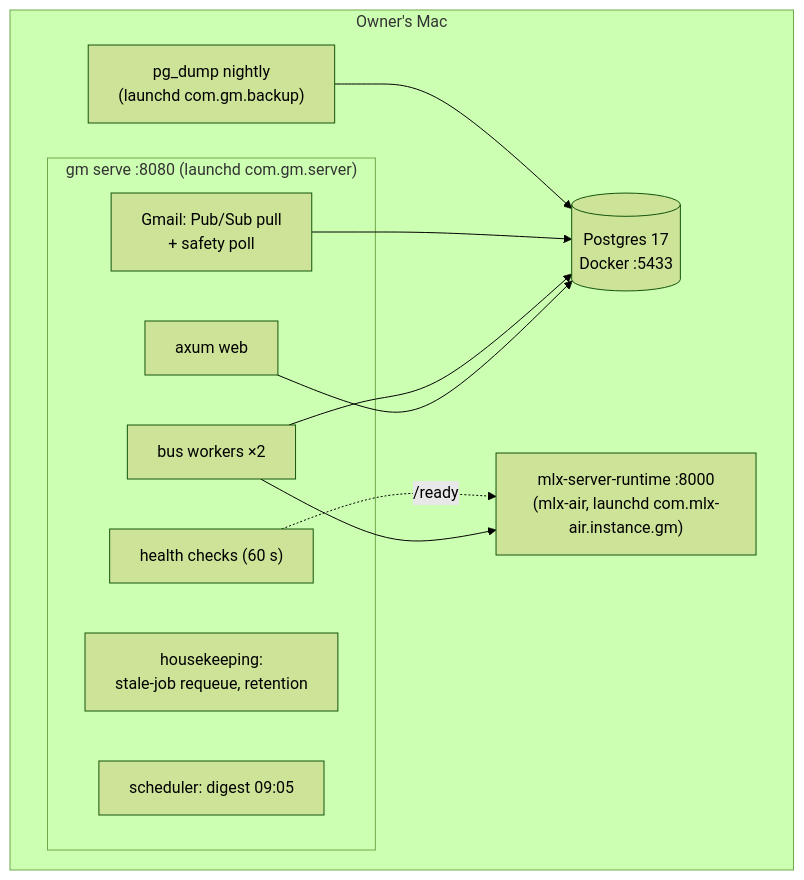
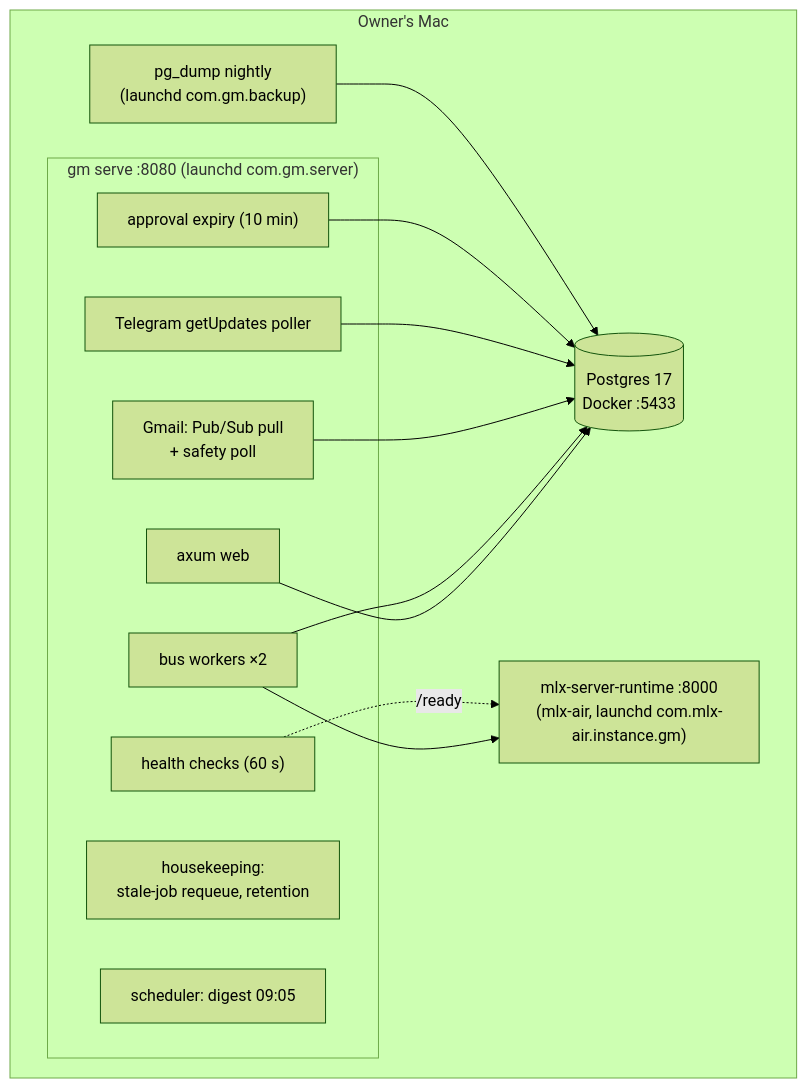
The second of 12 diagrams in docs/architecture.md (huydt84/google-management), drawn with Mermaid (forest theme) before and after one commit. The commit also changed other lines of this file and 67 other files, not shown here.

````diff
--- a/docs/architecture.md
+++ b/docs/architecture.md
@@ -78,22 +79,26 @@
 ```mermaid
 flowchart TB
     subgraph mac["Owner's Mac"]
         subgraph gmproc["gm serve :8080 (launchd com.gm.server)"]
             web["axum web"]
             workers["bus workers ×2"]
             poll["Gmail: Pub/Sub pull<br/>+ safety poll"]
             house["housekeeping:<br/>stale-job requeue, retention"]
             sched["scheduler: digest 09:05"]
             health["health checks (60 s)"]
+            tgpoll["Telegram getUpdates poller"]
+            expiry["approval expiry (10 min)"]
         end
         pg[("Postgres 17<br/>Docker :5433")]
         mlx["mlx-server-runtime :8000<br/>(mlx-air, launchd com.mlx-air.instance.gm)"]
         backup["pg_dump nightly<br/>(launchd com.gm.backup)"]
     end
     web --> pg
     workers --> pg
     poll --> pg
+    tgpoll --> pg
+    expiry --> pg
     workers --> mlx
     health -.->|/ready| mlx
     backup --> pg
 ```
````
